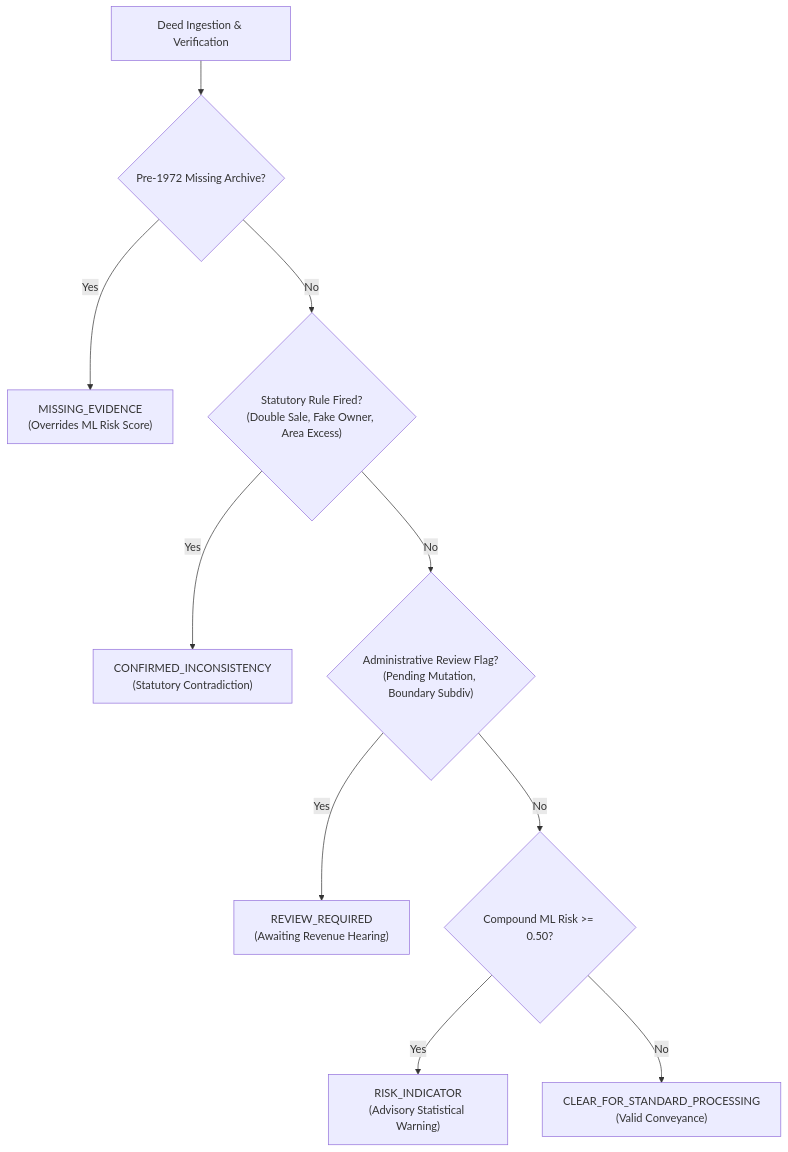
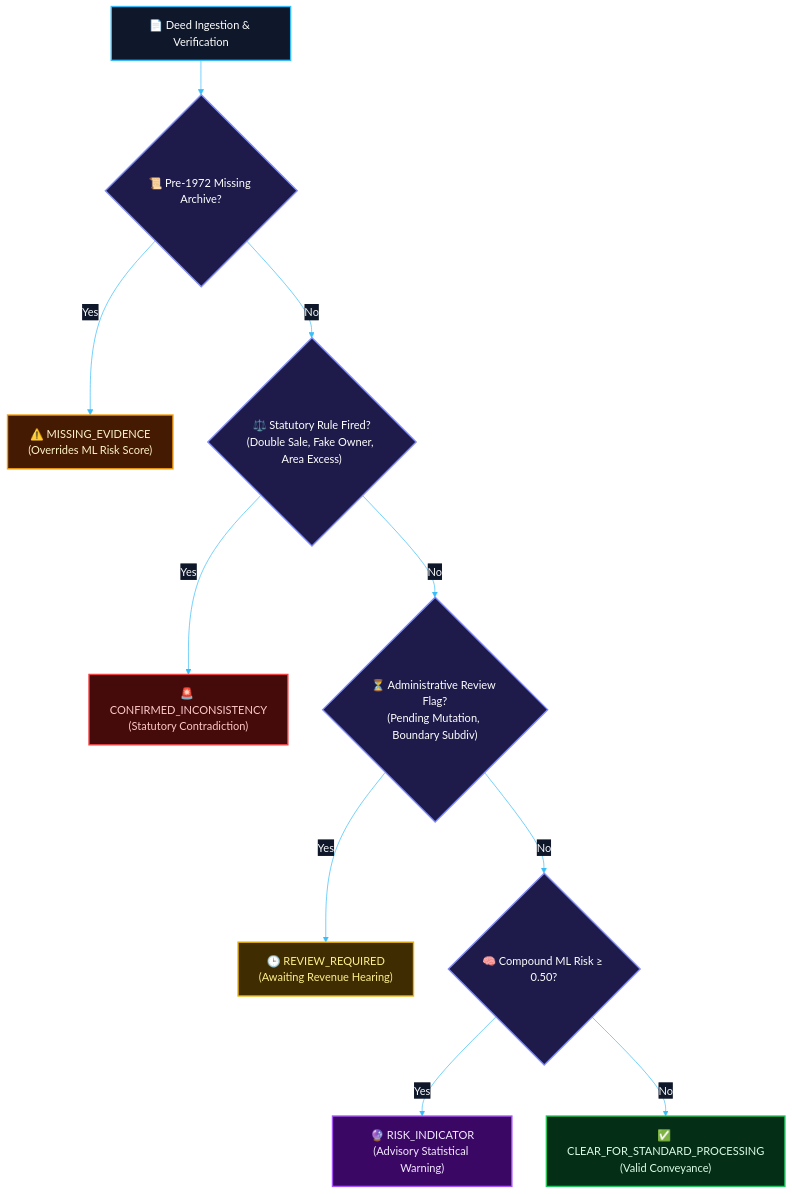
One commit to ashik123-a1/Land-Guard changed the diagram in reports/final_verification/FINAL_VERIFICATION_REPORT.md. Above: the diagram before and after it, drawn with Mermaid. The commit also changed 10 other files, not shown here.

Commit message:
feat(docs): apply vibrant cyber color theme to architecture and sequence diagrams

````diff
--- a/reports/final_verification/FINAL_VERIFICATION_REPORT.md
+++ b/reports/final_verification/FINAL_VERIFICATION_REPORT.md
@@ -154,12 +154,32 @@
 ```mermaid
+%%{init: {
+  'theme': 'base',
+  'themeVariables': {
+    'primaryColor': '#1e293b',
+    'primaryTextColor': '#f8fafc',
+    'primaryBorderColor': '#38bdf8',
+    'lineColor': '#38bdf8',
+    'secondaryColor': '#0f172a',
+    'tertiaryColor': '#1e1b4b',
+    'fontFamily': 'Inter, system-ui, sans-serif'
+  }
+}}%%
 flowchart TD
-    Start["Deed Ingestion & Verification"] --> ArchivalCheck{"Pre-1972 Missing Archive?"}
-    ArchivalCheck -- "Yes" --> MissingEv["MISSING_EVIDENCE<br>(Overrides ML Risk Score)"]
-    ArchivalCheck -- "No" --> StatCheck{"Statutory Rule Fired?<br>(Double Sale, Fake Owner, Area Excess)"}
-    StatCheck -- "Yes" --> ConfIncons["CONFIRMED_INCONSISTENCY<br>(Statutory Contradiction)"]
-    StatCheck -- "No" --> ReviewCheck{"Administrative Review Flag?<br>(Pending Mutation, Boundary Subdiv)"}
-    ReviewCheck -- "Yes" --> RevReq["REVIEW_REQUIRED<br>(Awaiting Revenue Hearing)"]
-    ReviewCheck -- "No" --> MLCheck{"Compound ML Risk >= 0.50?"}
-    MLCheck -- "Yes" --> RiskInd["RISK_INDICATOR<br>(Advisory Statistical Warning)"]
-    MLCheck -- "No" --> Clear["CLEAR_FOR_STANDARD_PROCESSING<br>(Valid Conveyance)"]
+    classDef startNode fill:#0f172a,stroke:#38bdf8,stroke-width:2px,color:#ffffff;
+    classDef decisionNode fill:#1e1b4b,stroke:#818cf8,stroke-width:2px,color:#ffffff;
+    classDef redNode fill:#450a0a,stroke:#ef4444,stroke-width:2px,color:#fecaca;
+    classDef amberNode fill:#451a03,stroke:#f59e0b,stroke-width:2px,color:#fef3c7;
+    classDef yellowNode fill:#3f2c00,stroke:#eab308,stroke-width:2px,color:#fef08a;
+    classDef purpleNode fill:#3b0764,stroke:#a855f7,stroke-width:2px,color:#f3e8ff;
+    classDef greenNode fill:#052e16,stroke:#22c55e,stroke-width:2px,color:#dcfce7;
+
+    Start["📄 Deed Ingestion & Verification"]:::startNode --> ArchivalCheck{"📜 Pre-1972 Missing Archive?"}:::decisionNode
+    ArchivalCheck -- "Yes" --> MissingEv["⚠️ MISSING_EVIDENCE<br/>(Overrides ML Risk Score)"]:::amberNode
+    ArchivalCheck -- "No" --> StatCheck{"⚖️ Statutory Rule Fired?<br/>(Double Sale, Fake Owner, Area Excess)"}:::decisionNode
+    StatCheck -- "Yes" --> ConfIncons["🚨 CONFIRMED_INCONSISTENCY<br/>(Statutory Contradiction)"]:::redNode
+    StatCheck -- "No" --> ReviewCheck{"⏳ Administrative Review Flag?<br/>(Pending Mutation, Boundary Subdiv)"}:::decisionNode
+    ReviewCheck -- "Yes" --> RevReq["🕒 REVIEW_REQUIRED<br/>(Awaiting Revenue Hearing)"]:::yellowNode
+    ReviewCheck -- "No" --> MLCheck{"🧠 Compound ML Risk &ge; 0.50?"}:::decisionNode
+    MLCheck -- "Yes" --> RiskInd["🔮 RISK_INDICATOR<br/>(Advisory Statistical Warning)"]:::purpleNode
+    MLCheck -- "No" --> Clear["✅ CLEAR_FOR_STANDARD_PROCESSING<br/>(Valid Conveyance)"]:::greenNode
 ```
````
